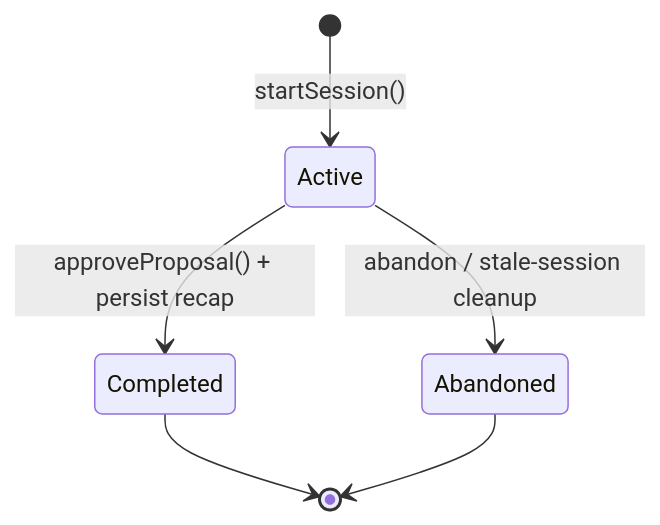
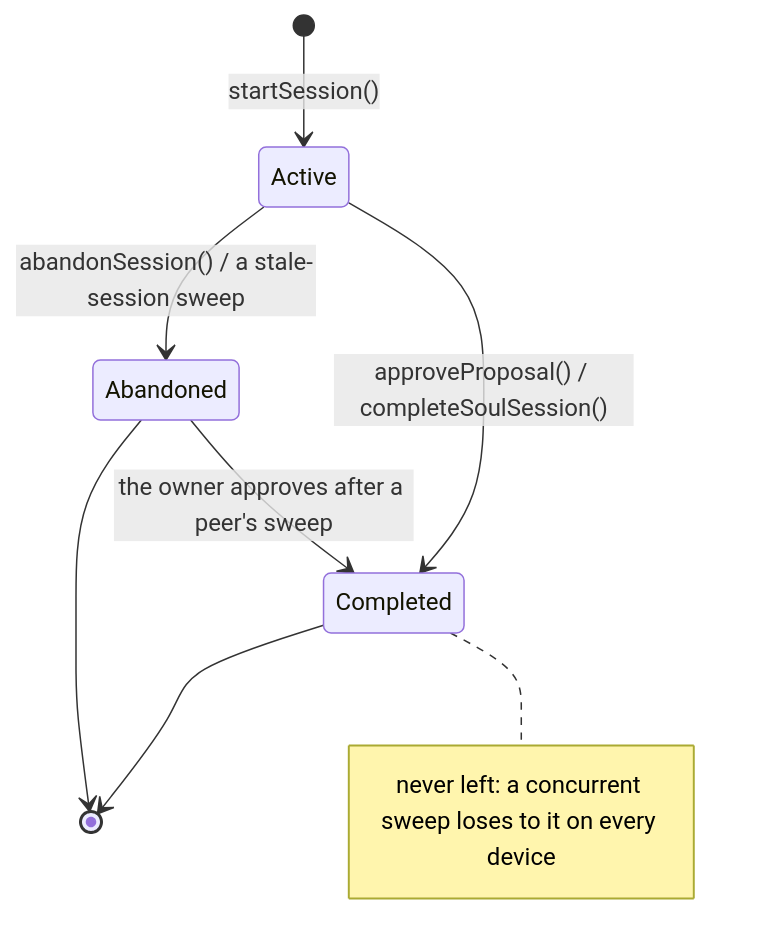
The second of 4 diagrams in knowledge/features/agents/templates-souls-evolution.md (matthiasn/lotti), drawn with Mermaid before and after one commit. The commit also changed other lines of this file and 35 other files, not shown here.

````diff
--- a/knowledge/features/agents/templates-souls-evolution.md
+++ b/knowledge/features/agents/templates-souls-evolution.md
@@ -142,8 +153,12 @@
 ```mermaid
 stateDiagram-v2
   [*] --> Active: startSession()
-  Active --> Completed: approveProposal() + persist recap
-  Active --> Abandoned: abandon / stale-session cleanup
+  Active --> Completed: approveProposal() / completeSoulSession()
+  Active --> Abandoned: abandonSession() / a stale-session sweep
+  Abandoned --> Completed: the owner approves after a peer's sweep
   Completed --> [*]
   Abandoned --> [*]
+  note right of Completed
+    never left: a concurrent sweep loses to it on every device
+  end note
 ```
````
